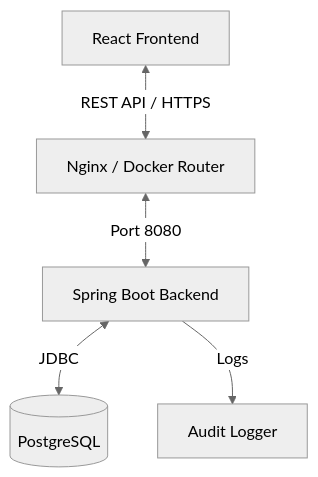
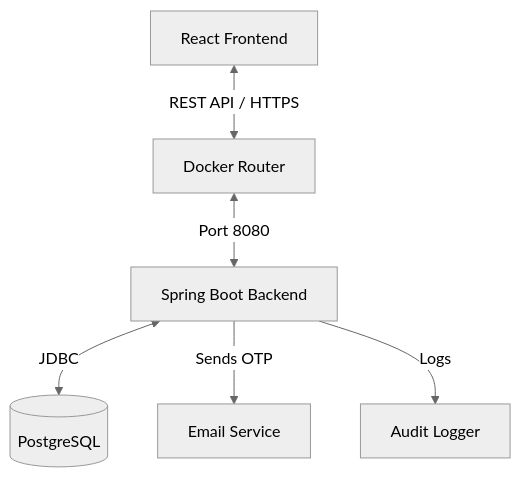
One commit to GAVIPRASAD/passkind changed the diagram in DOCUMENTATION.md. Above: the diagram before and after it, drawn with Mermaid (neutral theme). The commit also changed other lines of this file and 15 other files, not shown here.

````diff
--- a/DOCUMENTATION.md
+++ b/DOCUMENTATION.md
@@ -36,7 +38,8 @@
 ```mermaid
 graph TD
-    Client[React Frontend] <-->|REST API / HTTPS| LB[Nginx / Docker Router]
+    Client[React Frontend] <-->|REST API / HTTPS| LB[Docker Router]
     LB <-->|Port 8080| API[Spring Boot Backend]
     API <-->|JDBC| DB[(PostgreSQL)]
+    API -->|Sends OTP| Email[Email Service]
     API -->|Logs| Audit[Audit Logger]
 ```
````
